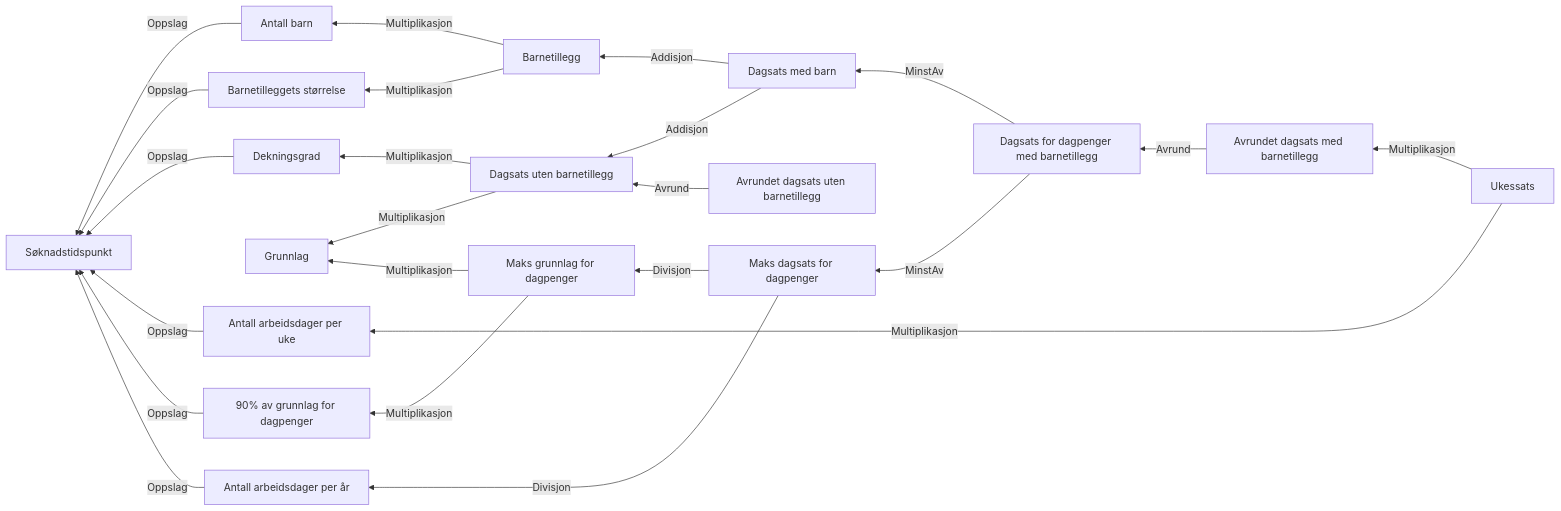
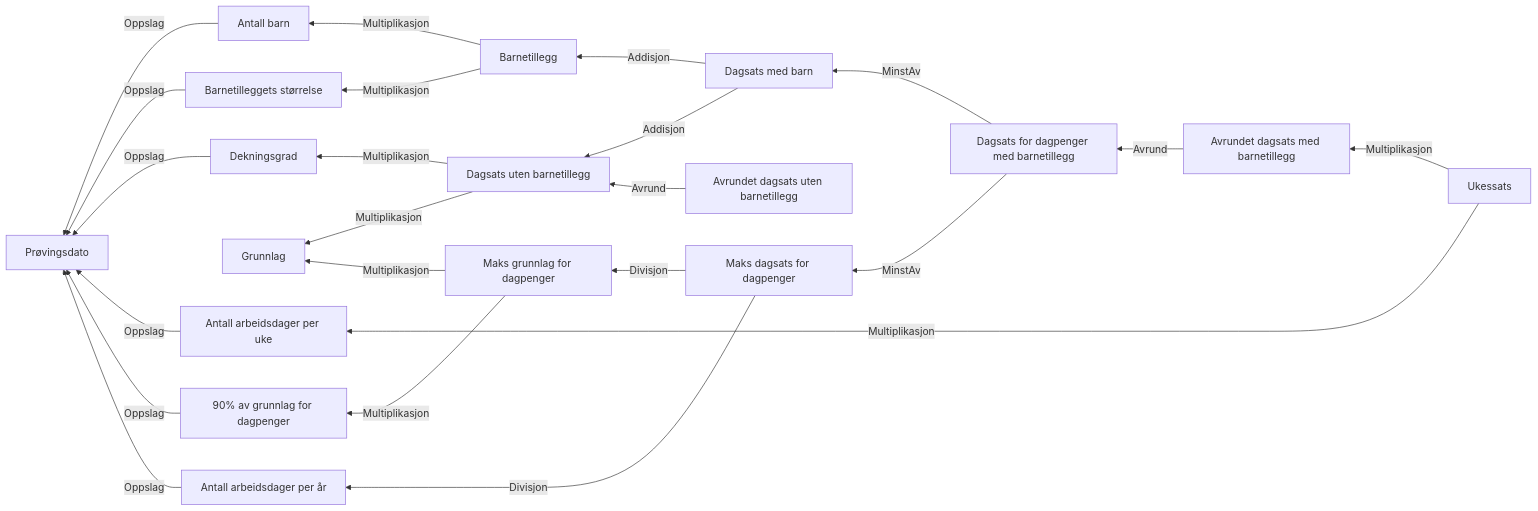
The diagram in docs/regler/§ 4-12. Dagpengenes størrelse.approved.md (navikt/dp-vedtak), drawn with Mermaid before and after one commit. The commit also changed 41 other files, not shown here.

Commit message:
Bytt ut søknadstidspunkt med prøvingsdato i reglene

````diff
--- a/docs/regler/§ 4-12. Dagpengenes størrelse.approved.md
+++ b/docs/regler/§ 4-12. Dagpengenes størrelse.approved.md
@@ -5,25 +5,25 @@
 ```mermaid
 graph RL
-  A["Antall barn"] -->|"Oppslag"| B["Søknadstidspunkt"]
-  C["Barnetilleggets størrelse"] -->|"Oppslag"| B["Søknadstidspunkt"]
-  D["Dekningsgrad"] -->|"Oppslag"| B["Søknadstidspunkt"]
+  A["Antall barn"] -->|"Oppslag"| B["Prøvingsdato"]
+  C["Barnetilleggets størrelse"] -->|"Oppslag"| B["Prøvingsdato"]
+  D["Dekningsgrad"] -->|"Oppslag"| B["Prøvingsdato"]
   E["Dagsats uten barnetillegg"] -->|"Multiplikasjon"| F["Grunnlag"]
   E["Dagsats uten barnetillegg"] -->|"Multiplikasjon"| D["Dekningsgrad"]
   G["Barnetillegg"] -->|"Multiplikasjon"| C["Barnetilleggets størrelse"]
   G["Barnetillegg"] -->|"Multiplikasjon"| A["Antall barn"]
   H["Dagsats med barn"] -->|"Addisjon"| E["Dagsats uten barnetillegg"]
   H["Dagsats med barn"] -->|"Addisjon"| G["Barnetillegg"]
-  I["Antall arbeidsdager per uke"] -->|"Oppslag"| B["Søknadstidspunkt"]
-  J["90% av grunnlag for dagpenger"] -->|"Oppslag"| B["Søknadstidspunkt"]
-  K["Antall arbeidsdager per år"] -->|"Oppslag"| B["Søknadstidspunkt"]
+  I["Antall arbeidsdager per uke"] -->|"Oppslag"| B["Prøvingsdato"]
+  J["90% av grunnlag for dagpenger"] -->|"Oppslag"| B["Prøvingsdato"]
+  K["Antall arbeidsdager per år"] -->|"Oppslag"| B["Prøvingsdato"]
   L["Maks grunnlag for dagpenger"] -->|"Multiplikasjon"| F["Grunnlag"]
   L["Maks grunnlag for dagpenger"] -->|"Multiplikasjon"| J["90% av grunnlag for dagpenger"]
   M["Maks dagsats for dagpenger"] -->|"Divisjon"| L["Maks grunnlag for dagpenger"]
   M["Maks dagsats for dagpenger"] -->|"Divisjon"| K["Antall arbeidsdager per år"]
   N["Dagsats for dagpenger med barnetillegg"] -->|"MinstAv"| M["Maks dagsats for dagpenger"]
   N["Dagsats for dagpenger med barnetillegg"] -->|"MinstAv"| H["Dagsats med barn"]
   O["Avrundet dagsats med barnetillegg"] -->|"Avrund"| N["Dagsats for dagpenger med barnetillegg"]
   P["Avrundet dagsats uten barnetillegg"] -->|"Avrund"| E["Dagsats uten barnetillegg"]
   Q["Ukessats"] -->|"Multiplikasjon"| O["Avrundet dagsats med barnetillegg"]
   Q["Ukessats"] -->|"Multiplikasjon"| I["Antall arbeidsdager per uke"]
 ```
````
